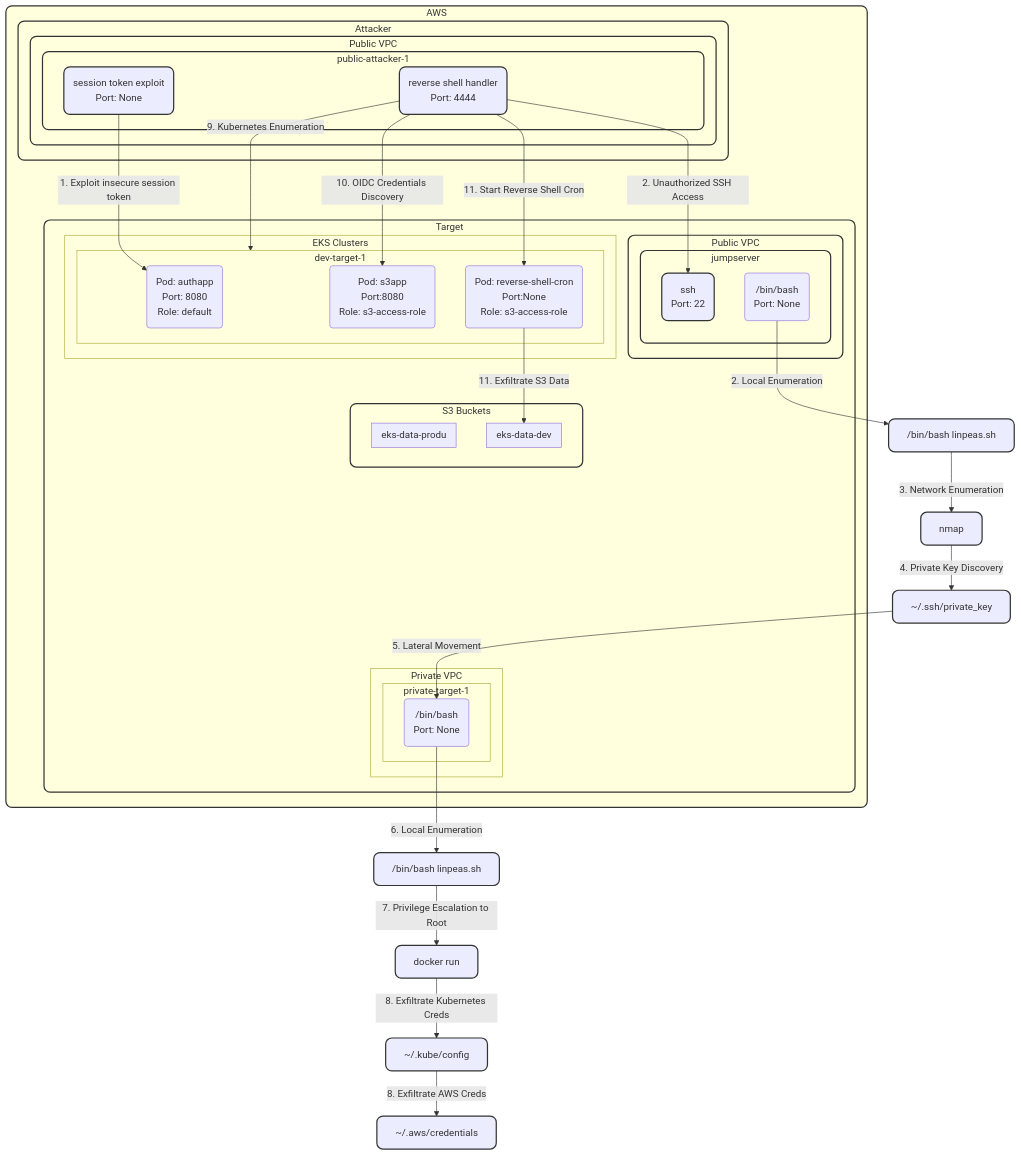
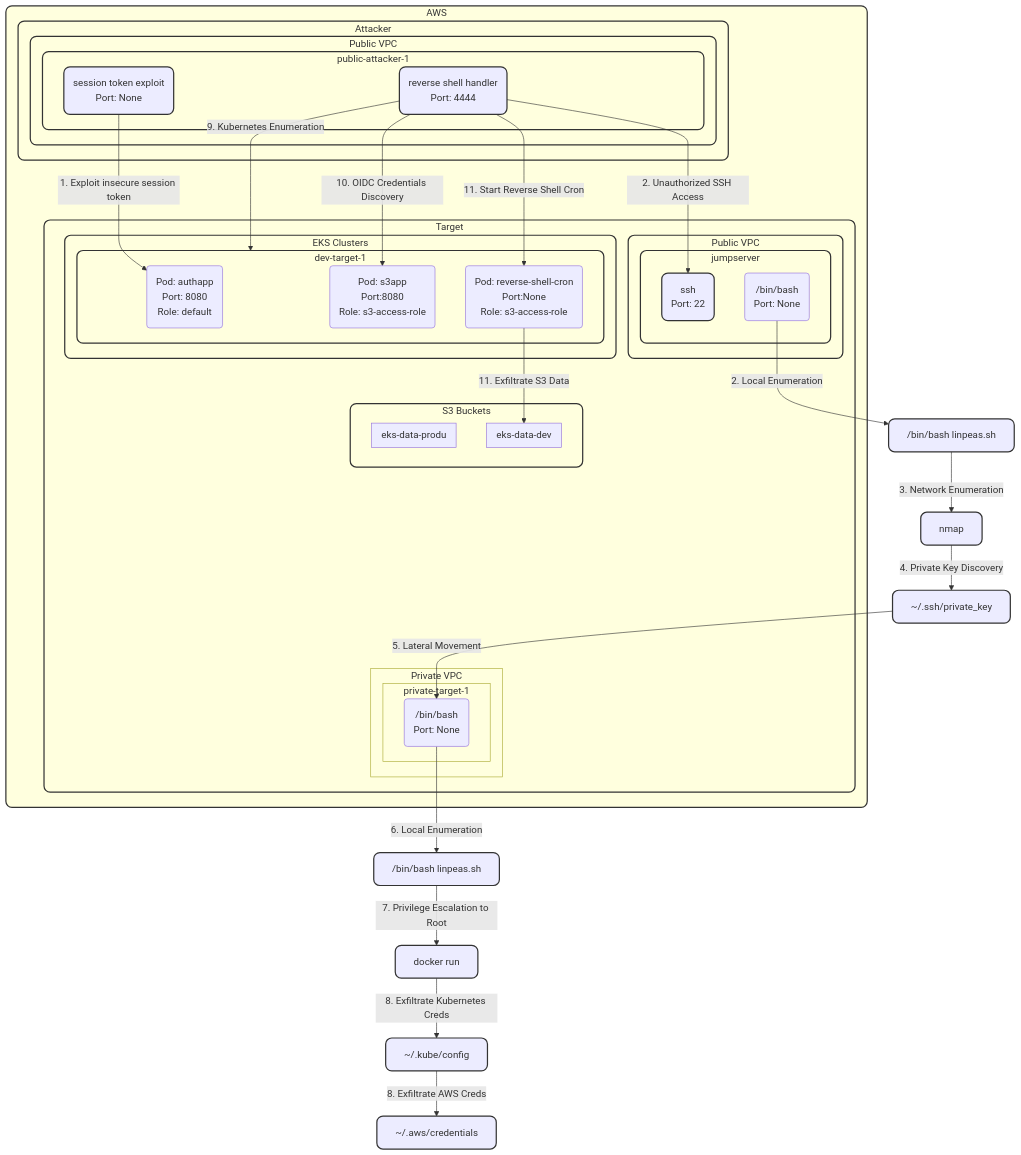
One commit to proservlab/lacework-deploy changed the diagram in terraform/scenarios/aws-lacework-composite-ciem-eks/README.md. Above: the diagram before and after it, drawn with Mermaid.

````diff
--- a/terraform/scenarios/aws-lacework-composite-ciem-eks/README.md
+++ b/terraform/scenarios/aws-lacework-composite-ciem-eks/README.md
@@ -108,5 +108,5 @@
   classDef rounded-corner stroke:#333,stroke-width:2px,rx:10,ry:10;
   
   %% Apply Rounded Corner Class
-  class aws,attacker,exfil_kube,exfil_aws,privilege_escalate,local_enum_2,private_key,network_discovery,db-bucket-1,dev-db-1,RDS_Instances_target,S3_Instances_target,Public_Instances_attacker,public-attacker-1,pwncat_public-attacker-1,exploit.bin_public-attacker-1,target,Public_Instances_target,public-target-1,public-target-2,nginx_public-target-1,ssh_public-target-1,local_enum,cred_discovery,scout_enum,exfiltration rounded-corner;
+  class aws,attacker,dev-target-1,EKS_Instances_target,exfil_kube,exfil_aws,privilege_escalate,local_enum_2,private_key,network_discovery,db-bucket-1,dev-db-1,RDS_Instances_target,S3_Instances_target,Public_Instances_attacker,public-attacker-1,pwncat_public-attacker-1,exploit.bin_public-attacker-1,target,Public_Instances_target,public-target-1,public-target-2,nginx_public-target-1,ssh_public-target-1,local_enum,cred_discovery,scout_enum,exfiltration rounded-corner;
 ```
````
